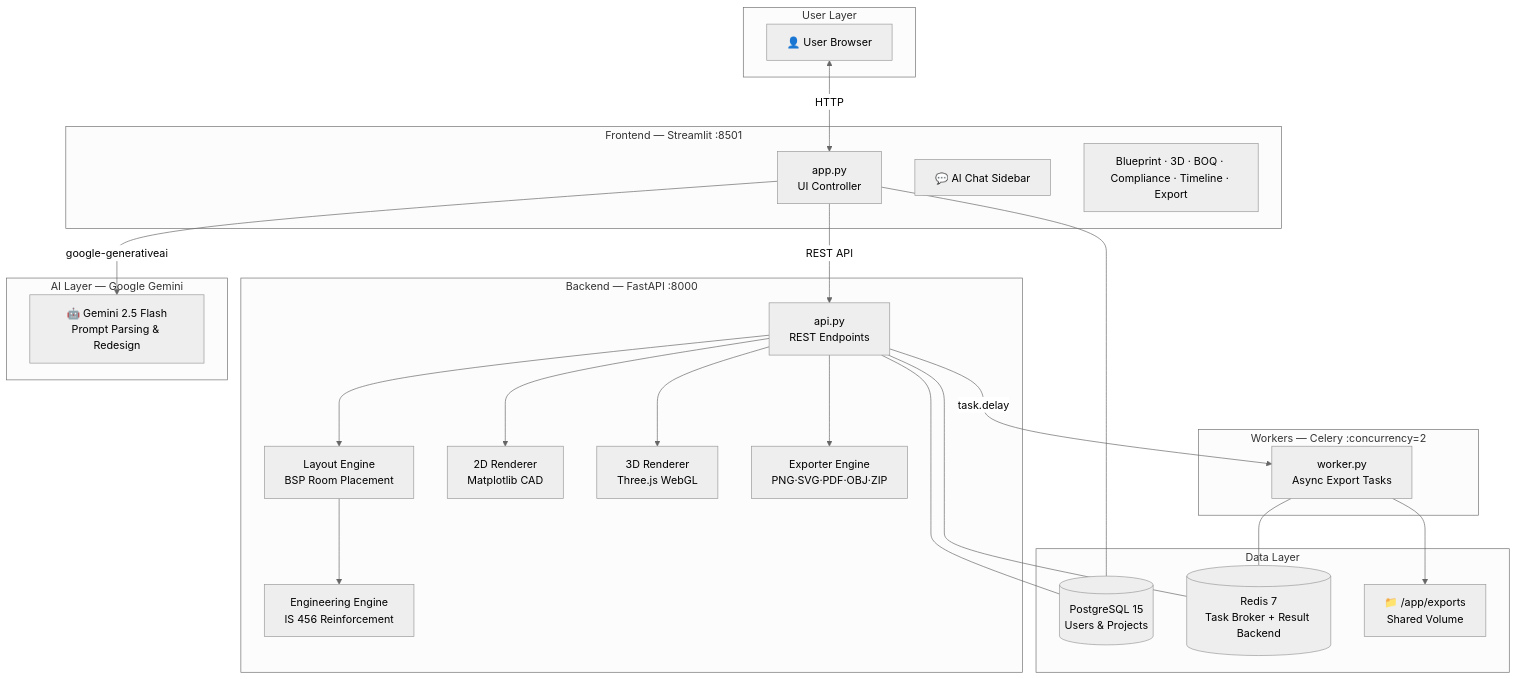
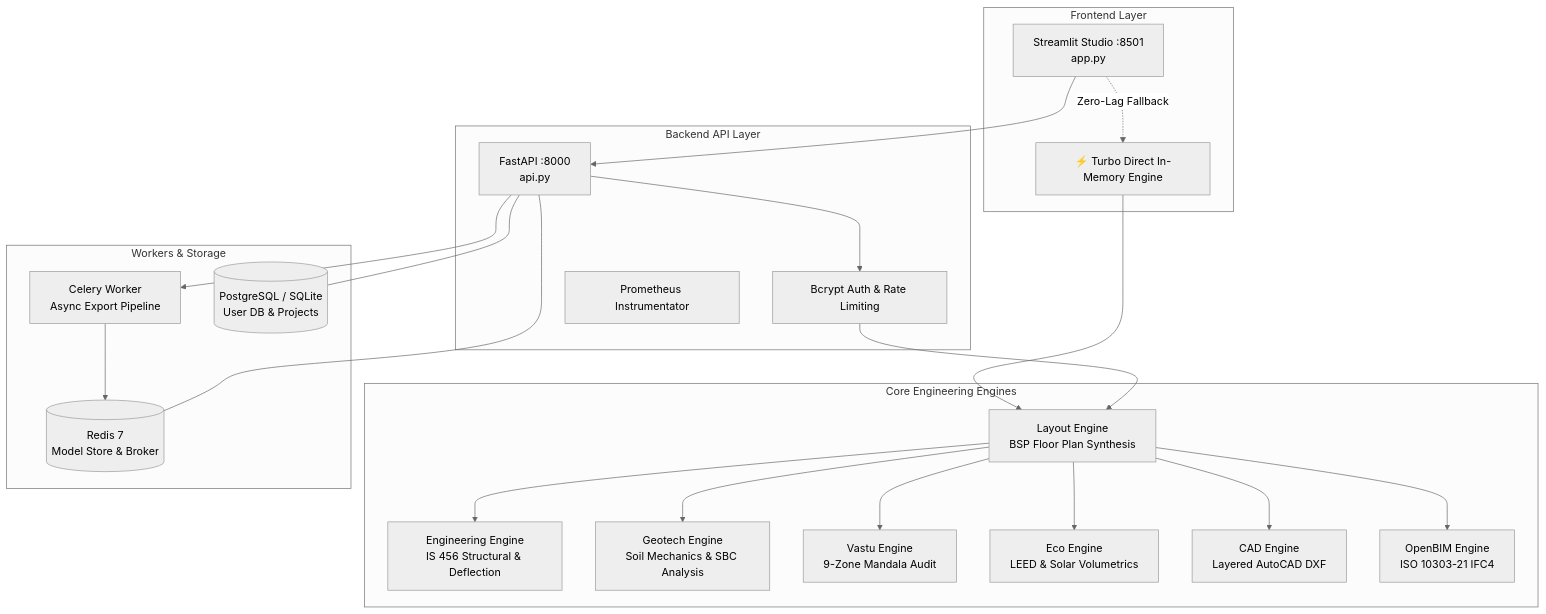
One commit to shambhushekharsinha-engg/BuildMetrics-AI changed the diagram in README.md. Above: the diagram before and after it, drawn with Mermaid (neutral theme). The commit also changed other lines of this file and 6 other files, not shown here.

Commit message:
feat: add OpenBIM IFC4 export generator and update comprehensive README documentation

````diff
--- a/README.md
+++ b/README.md
@@ -91,49 +130,43 @@
 ```mermaid
 graph TB
-    subgraph "User Layer"
-        U[👤 User Browser]
+    subgraph "Frontend Layer"
+        UI[Streamlit Studio :8501<br/>app.py]
+        TURBO[⚡ Turbo Direct In-Memory Engine]
     end
 
-    subgraph "Frontend — Streamlit :8501"
-        APP[app.py<br/>UI Controller]
-        CHAT[💬 AI Chat Sidebar]
-        TABS[Blueprint · 3D · BOQ · Compliance · Timeline · Export]
+    subgraph "Backend API Layer"
+        API[FastAPI :8000<br/>api.py]
+        AUTH[Bcrypt Auth & Rate Limiting]
+        PROM[Prometheus Instrumentator]
     end
 
-    subgraph "Backend — FastAPI :8000"
-        API[api.py<br/>REST Endpoints]
-        LEN[Layout Engine<br/>BSP Room Placement]
-        ENG[Engineering Engine<br/>IS 456 Reinforcement]
-        R2D[2D Renderer<br/>Matplotlib CAD]
-        R3D[3D Renderer<br/>Three.js WebGL]
-        EXP[Exporter Engine<br/>PNG·SVG·PDF·OBJ·ZIP]
+    subgraph "Core Engineering Engines"
+        LEN[Layout Engine<br/>BSP Floor Plan Synthesis]
+        ENG[Engineering Engine<br/>IS 456 Structural & Deflection]
+        GEO[Geotech Engine<br/>Soil Mechanics & SBC Analysis]
+        VAS[Vastu Engine<br/>9-Zone Mandala Audit]
+        ECO[Eco Engine<br/>LEED & Solar Volumetrics]
+        DXF[CAD Engine<br/>Layered AutoCAD DXF]
+        IFC[OpenBIM Engine<br/>ISO 10303-21 IFC4]
     end
 
-    subgraph "AI Layer — Google Gemini"
-        GEMINI[🤖 Gemini 2.5 Flash<br/>Prompt Parsing & Redesign]
+    subgraph "Workers & Storage"
+        WORKER[Celery Worker<br/>Async Export Pipeline]
+        REDIS[(Redis 7<br/>Model Store & Broker)]
+        PG[(PostgreSQL / SQLite<br/>User DB & Projects)]
     end
 
-    subgraph "Workers — Celery :concurrency=2"
-        WORKER[worker.py<br/>Async Export Tasks]
-    end
-
-    subgraph "Data Layer"
-        PG[(PostgreSQL 15<br/>Users & Projects)]
-        REDIS[(Redis 7<br/>Task Broker + Result Backend)]
-        VOL[📁 /app/exports<br/>Shared Volume]
-    end
-
-    U <-->|HTTP| APP
-    APP -->|REST API| API
-    APP -->|google-generativeai| GEMINI
-    API --> LEN --> ENG
-    API --> R2D
-    API --> R3D
-    API --> EXP
-    API -->|task.delay| WORKER
-    WORKER --> VOL
+    UI --> API
+    UI -.->|Zero-Lag Fallback| TURBO
+    TURBO --> LEN
+    API --> AUTH --> LEN
+    LEN --> ENG
+    LEN --> GEO
+    LEN --> VAS
+    LEN --> ECO
+    LEN --> DXF
+    LEN --> IFC
+    API --> WORKER --> REDIS
     API --- PG
-    APP --- PG
-    WORKER --- REDIS
     API --- REDIS
 ```
````
